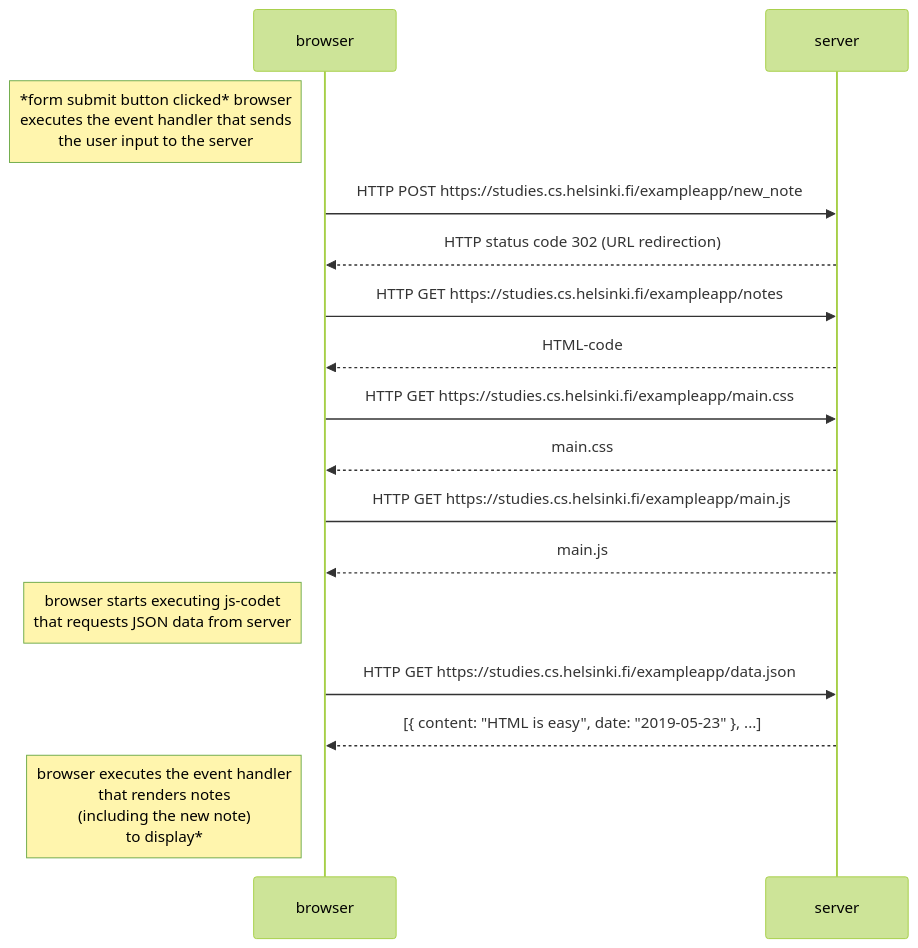
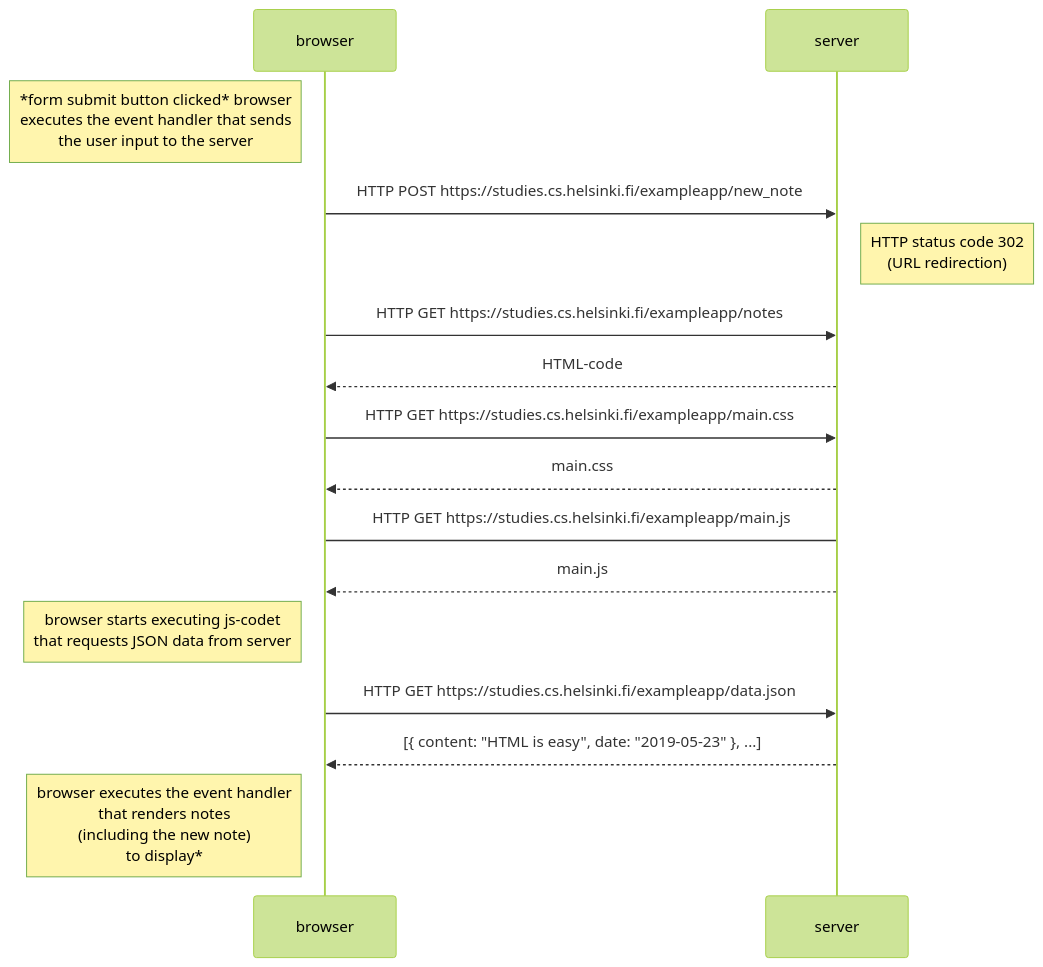
The diagram in part0/part0-4.md (ikeronx/fullstackopen2022), drawn with Mermaid (forest theme) before and after one commit.

````diff
--- a/part0/part0-4.md
+++ b/part0/part0-4.md
@@ -2,16 +2,16 @@
 ```mermaid
  sequenceDiagram
     Note left of browser: *form submit button  clicked* browser <br>  executes the event handler that sends <br> the user input to the server
     browser->>server:  HTTP POST https://studies.cs.helsinki.fi/exampleapp/new_note
-    server-->>browser: HTTP status code 302 (URL redirection)
+    Note right of server: HTTP status code 302 <br> (URL redirection)
     browser->>server: HTTP GET https://studies.cs.helsinki.fi/exampleapp/notes
     server-->>browser: HTML-code
     browser->>server: HTTP GET https://studies.cs.helsinki.fi/exampleapp/main.css
     server-->>browser: main.css
     browser->server: HTTP GET https://studies.cs.helsinki.fi/exampleapp/main.js
     server-->>browser: main.js
     Note left of browser: browser starts executing js-codet <br> that requests JSON data from server 
     browser->>server: HTTP GET https://studies.cs.helsinki.fi/exampleapp/data.json
     server-->>browser: [{ content: "HTML is easy", date: "2019-05-23" }, ...]
     Note left of browser: browser executes the event handler <br> that renders notes <br> (including the new note) <br>to display*
 ```
````
